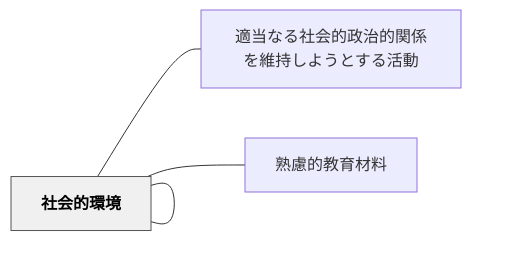
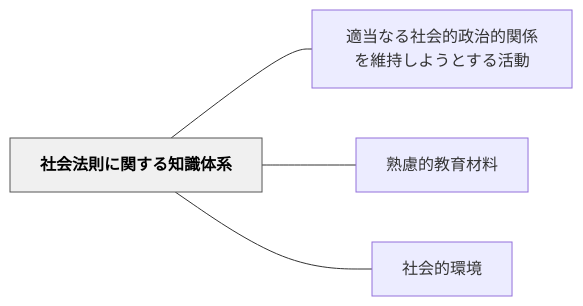
The diagram in content/パタン/社会法則に関する知識体系.md (unknownthings-ed-patterns/unknownthings-ed-patterns), drawn with Mermaid before and after one commit. The commit also changed 527 other files, not shown here.

````diff
--- a/content/パタン/社会法則に関する知識体系.md
+++ b/content/パタン/社会法則に関する知識体系.md
@@ -43,14 +43,14 @@
 ```mermaid
 flowchart LR
-    ne7a4bee4bc9a["社会法則に関する知識体系"]
-    ne981a9e5bd93["適当なる社会的政治的関係を維持しようとする活動"]
-    ne7869fe685ae["熟慮的教育材料"]
-    ne7a4bee4bc9a["社会的環境"]
+    ne7a4bee4bc9ae6b395e58987e381abe996a2e38199e3828be79fa5e8ad98e4bd93e7b3bb["社会法則に関する知識体系"]
+    ne981a9e5bd93e381aae3828be7a4bee4bc9ae79a84e694bfe6b2bbe79a84e996a2e4bf82e38292e7b6ade68c81e38197e38288e38186e381a8e38199e3828be6b4bbe58b95["適当なる社会的政治的関係を維持しようとする活動"]
+    ne7869fe685aee79a84e69599e882b2e69d90e69699["熟慮的教育材料"]
+    ne7a4bee4bc9ae79a84e792b0e5a283["社会的環境"]
 
-    ne7a4bee4bc9a --- ne981a9e5bd93
-    ne7a4bee4bc9a --- ne7869fe685ae
-    ne7a4bee4bc9a --- ne7a4bee4bc9a
+    ne7a4bee4bc9ae6b395e58987e381abe996a2e38199e3828be79fa5e8ad98e4bd93e7b3bb --- ne981a9e5bd93e381aae3828be7a4bee4bc9ae79a84e694bfe6b2bbe79a84e996a2e4bf82e38292e7b6ade68c81e38197e38288e38186e381a8e38199e3828be6b4bbe58b95
+    ne7a4bee4bc9ae6b395e58987e381abe996a2e38199e3828be79fa5e8ad98e4bd93e7b3bb --- ne7869fe685aee79a84e69599e882b2e69d90e69699
+    ne7a4bee4bc9ae6b395e58987e381abe996a2e38199e3828be79fa5e8ad98e4bd93e7b3bb --- ne7a4bee4bc9ae79a84e792b0e5a283
 
     classDef hub fill:#f0f0f0,stroke:#555,color:#000,font-weight:bold
-    class ne7a4bee4bc9a hub
+    class ne7a4bee4bc9ae6b395e58987e381abe996a2e38199e3828be79fa5e8ad98e4bd93e7b3bb hub
 ```
````
